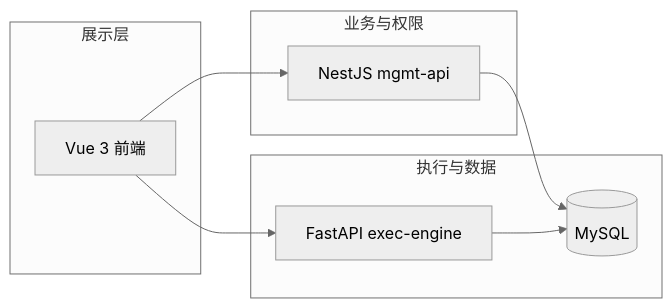
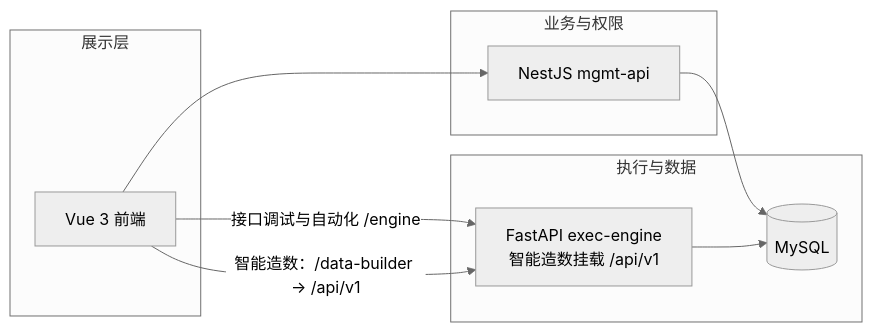
The second of 2 diagrams in README.md (L-ft/AI_Project), drawn with Mermaid (neutral theme) before and after one commit. The commit also changed other lines of this file and 194 other files, not shown here.

````diff
--- a/README.md
+++ b/README.md
@@ -36,17 +39,18 @@
 ```mermaid
 flowchart LR
   subgraph UI[展示层]
     V[Vue 3 前端]
   end
   subgraph Biz[业务与权限]
     N[NestJS mgmt-api]
   end
   subgraph Run[执行与数据]
-    F[FastAPI exec-engine]
+    F[FastAPI exec-engine<br/>智能造数挂载 /api/v1]
     M[(MySQL)]
   end
   V --> N
-  V --> F
+  V -->|接口调试与自动化 /engine| F
+  V -->|智能造数：/data-builder → /api/v1| F
   N --> M
   F --> M
 ```
````
